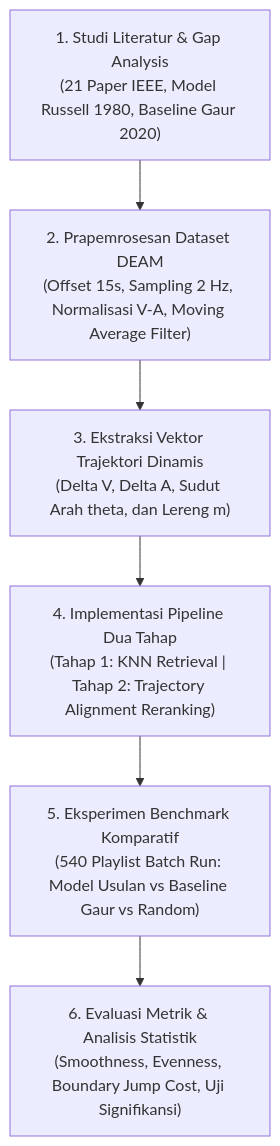
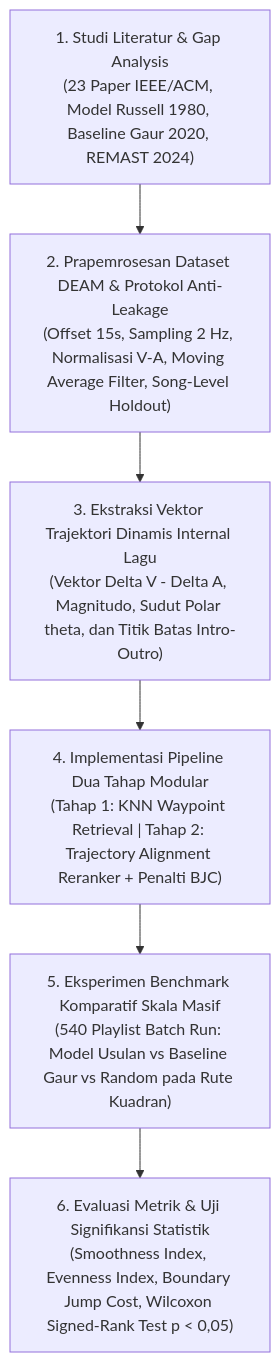
One commit to cengkooo/Catatan-Logs-TA changed the diagram in 06-Naskah-Draft/01-Skenario-Murni-Komputasional/Bab-3-Metodologi.md. Above: the diagram before and after it, drawn with Mermaid. The commit also changed other lines of this file and 6 other files, not shown here.

Commit message:
docs(draft): perbarui draf Bab 1, 2, 3 pada Skenario 1 dan Skenario 2 dengan 23 literatur primer

````diff
--- a/06-Naskah-Draft/01-Skenario-Murni-Komputasional/Bab-3-Metodologi.md
+++ b/06-Naskah-Draft/01-Skenario-Murni-Komputasional/Bab-3-Metodologi.md
@@ -26,8 +26,8 @@
 ```mermaid
 flowchart TD
-    A["1. Studi Literatur & Gap Analysis<br/>(21 Paper IEEE, Model Russell 1980, Baseline Gaur 2020)"] --> B["2. Prapemrosesan Dataset DEAM<br/>(Offset 15s, Sampling 2 Hz, Normalisasi V-A, Moving Average Filter)"]
-    B --> C["3. Ekstraksi Vektor Trajektori Dinamis<br/>(Delta V, Delta A, Sudut Arah theta, dan Lereng m)"]
-    C --> D["4. Implementasi Pipeline Dua Tahap<br/>(Tahap 1: KNN Retrieval | Tahap 2: Trajectory Alignment Reranking)"]
-    D --> E["5. Eksperimen Benchmark Komparatif<br/>(540 Playlist Batch Run: Model Usulan vs Baseline Gaur vs Random)"]
-    E --> F["6. Evaluasi Metrik & Analisis Statistik<br/>(Smoothness, Evenness, Boundary Jump Cost, Uji Signifikansi)"]
+    A["1. Studi Literatur & Gap Analysis<br/>(23 Paper IEEE/ACM, Model Russell 1980, Baseline Gaur 2020, REMAST 2024)"] --> B["2. Prapemrosesan Dataset DEAM & Protokol Anti-Leakage<br/>(Offset 15s, Sampling 2 Hz, Normalisasi V-A, Moving Average Filter, Song-Level Holdout)"]
+    B --> C["3. Ekstraksi Vektor Trajektori Dinamis Internal Lagu<br/>(Vektor Delta V - Delta A, Magnitudo, Sudut Polar theta, dan Titik Batas Intro-Outro)"]
+    C --> D["4. Implementasi Pipeline Dua Tahap Modular<br/>(Tahap 1: KNN Waypoint Retrieval | Tahap 2: Trajectory Alignment Reranker + Penalti BJC)"]
+    D --> E["5. Eksperimen Benchmark Komparatif Skala Masif<br/>(540 Playlist Batch Run: Model Usulan vs Baseline Gaur vs Random pada Rute Kuadran)"]
+    E --> F["6. Evaluasi Metrik & Uji Signifikansi Statistik<br/>(Smoothness Index, Evenness Index, Boundary Jump Cost, Wilcoxon Signed-Rank Test p < 0,05)"]
 ```
````
